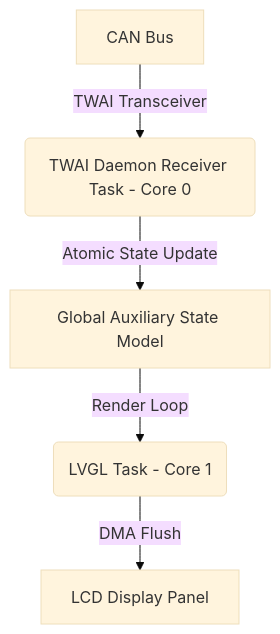
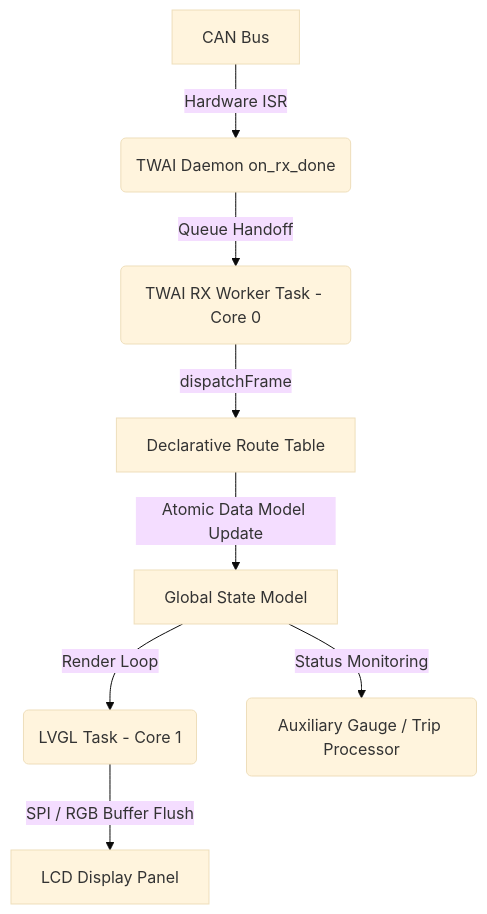
Before and after one commit to martinroger/vx-binocle-espidf: the diagram in right_screen/TOO.MD, drawn with Mermaid (base theme). The commit also changed other lines of this file and 27 other files, not shown here.

````diff
--- a/right_screen/TOO.MD
+++ b/right_screen/TOO.MD
@@ -7,7 +7,10 @@
 ```mermaid
 graph TD
-    A[CAN Bus] -->|TWAI Transceiver| B(TWAI Daemon Receiver Task - Core 0)
-    B -->|Atomic State Update| C[Global Auxiliary State Model]
-    C -->|Render Loop| D(LVGL Task - Core 1)
-    D -->|DMA Flush| E[LCD Display Panel]
+    A[CAN Bus] -->|Hardware ISR| B(TWAI Daemon on_rx_done)
+    B -->|Queue Handoff| C(TWAI RX Worker Task - Core 0)
+    C -->|dispatchFrame| D[Declarative Route Table]
+    D -->|Atomic Data Model Update| E[Global State Model]
+    E -->|Render Loop| F(LVGL Task - Core 1)
+    F -->|SPI / RGB Buffer Flush| G[LCD Display Panel]
+    E -->|Status Monitoring| H(Auxiliary Gauge / Trip Processor)
 ```
````
